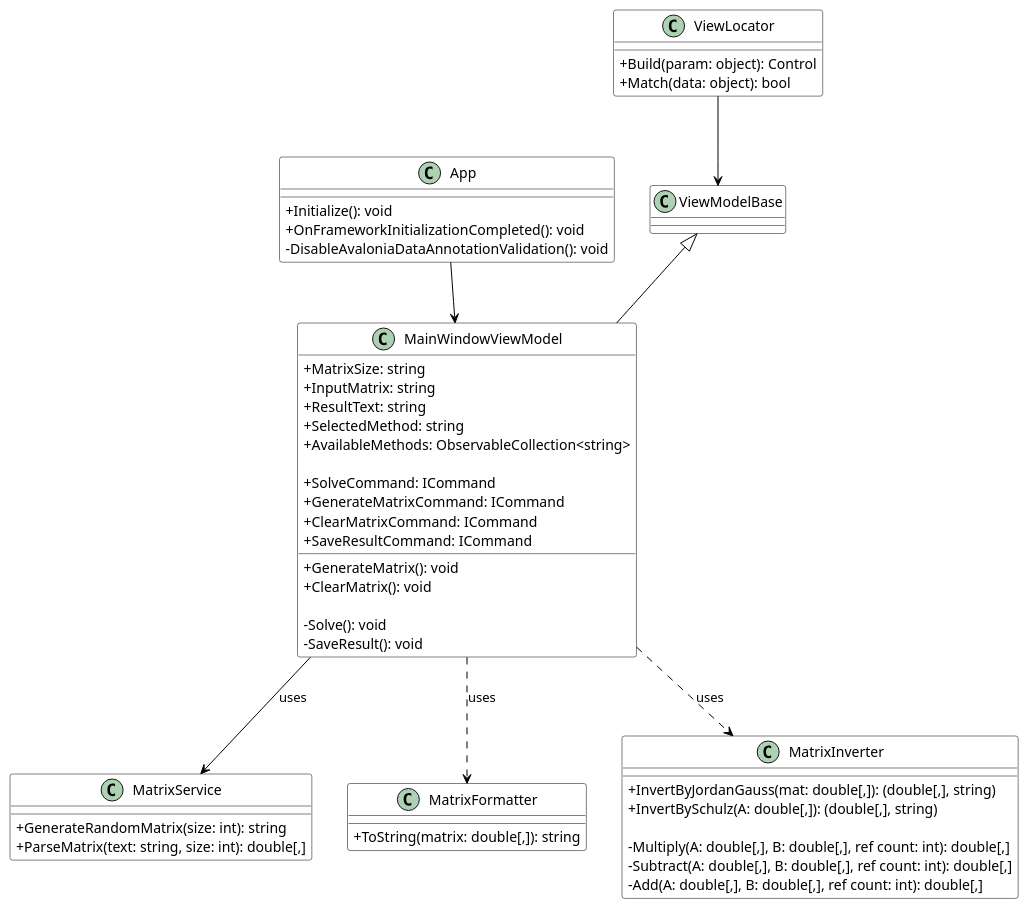
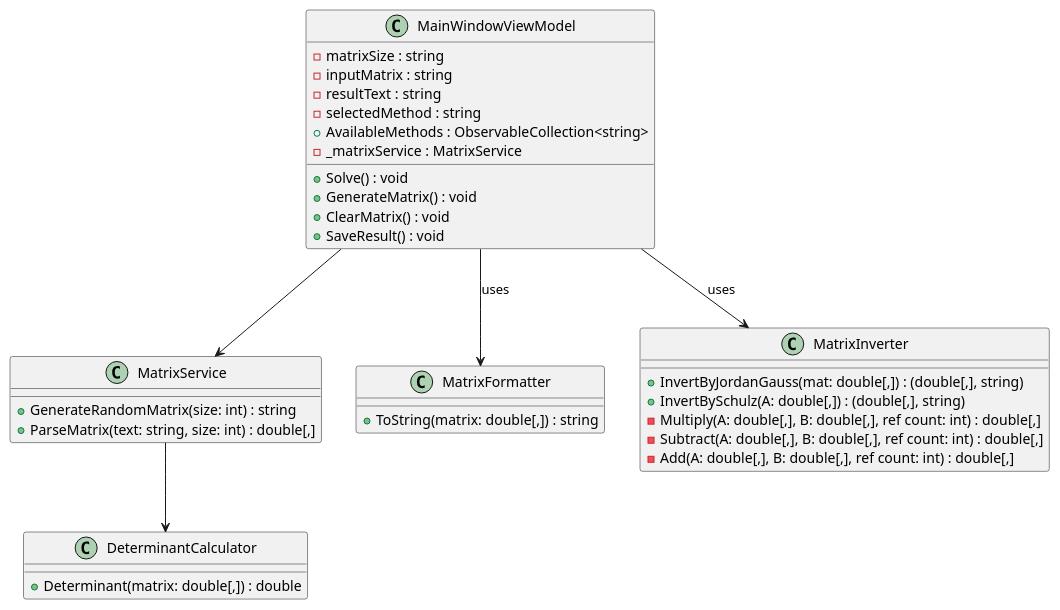
One commit to anyaoboiydno/coursova changed the diagram in MatrixGuiApp/diagram.puml. Above: the diagram before and after it, drawn with PlantUML.

```diff
--- a/MatrixGuiApp/diagram.puml
+++ b/MatrixGuiApp/diagram.puml
@@ -1,70 +1,42 @@
 @startuml
 
-skinparam classAttributeIconSize 0
-skinparam class {
-    BackgroundColor White
-    ArrowColor Black
-    BorderColor Black
-}
-
-
-class App {
-    + Initialize(): void
-    + OnFrameworkInitializationCompleted(): void
-    - DisableAvaloniaDataAnnotationValidation(): void
-}
-
-class ViewLocator {
-    + Build(param: object): Control
-    + Match(data: object): bool
-}
-
-class ViewModelBase {
-}
-
 class MainWindowViewModel {
-    + MatrixSize: string
-    + InputMatrix: string
-    + ResultText: string
-    + SelectedMethod: string
-    + AvailableMethods: ObservableCollection<string>
-    
-    + SolveCommand: ICommand
-    + GenerateMatrixCommand: ICommand
-    + ClearMatrixCommand: ICommand
-    + SaveResultCommand: ICommand
-
-    + GenerateMatrix(): void
-    + ClearMatrix(): void
-    
-    - Solve(): void
-    - SaveResult(): void
+    - matrixSize : string
+    - inputMatrix : string
+    - resultText : string
+    - selectedMethod : string
+    + AvailableMethods : ObservableCollection<string>
+    - _matrixService : MatrixService
+    + Solve() : void
+    + GenerateMatrix() : void
+    + ClearMatrix() : void
+    + SaveResult() : void
 }
 
 class MatrixService {
-    + GenerateRandomMatrix(size: int): string
-    + ParseMatrix(text: string, size: int): double[,]
+    + GenerateRandomMatrix(size: int) : string
+    + ParseMatrix(text: string, size: int) : double[,]
+}
+
+class DeterminantCalculator {
+    + Determinant(matrix: double[,]) : double
 }
 
 class MatrixFormatter {
-    + ToString(matrix: double[,]): string
+    + ToString(matrix: double[,]) : string
 }
 
 class MatrixInverter {
-    + InvertByJordanGauss(mat: double[,]): (double[,], string)
-    + InvertBySchulz(A: double[,]): (double[,], string)
-    
-    - Multiply(A: double[,], B: double[,], ref count: int): double[,]
-    - Subtract(A: double[,], B: double[,], ref count: int): double[,]
-    - Add(A: double[,], B: double[,], ref count: int): double[,]
+    + InvertByJordanGauss(mat: double[,]) : (double[,], string)
+    + InvertBySchulz(A: double[,]) : (double[,], string)
+    - Multiply(A: double[,], B: double[,], ref count: int) : double[,]
+    - Subtract(A: double[,], B: double[,], ref count: int) : double[,]
+    - Add(A: double[,], B: double[,], ref count: int) : double[,]
 }
 
-ViewModelBase <|-- MainWindowViewModel
-
-App --> MainWindowViewModel
-ViewLocator --> ViewModelBase
-MainWindowViewModel --> MatrixService : uses
-MainWindowViewModel ..> MatrixFormatter : uses
-MainWindowViewModel ..> MatrixInverter : uses
+MainWindowViewModel --> MatrixService
+MainWindowViewModel --> MatrixInverter : uses
+MainWindowViewModel --> MatrixFormatter : uses
+MatrixService --> DeterminantCalculator
 
 @enduml
```
